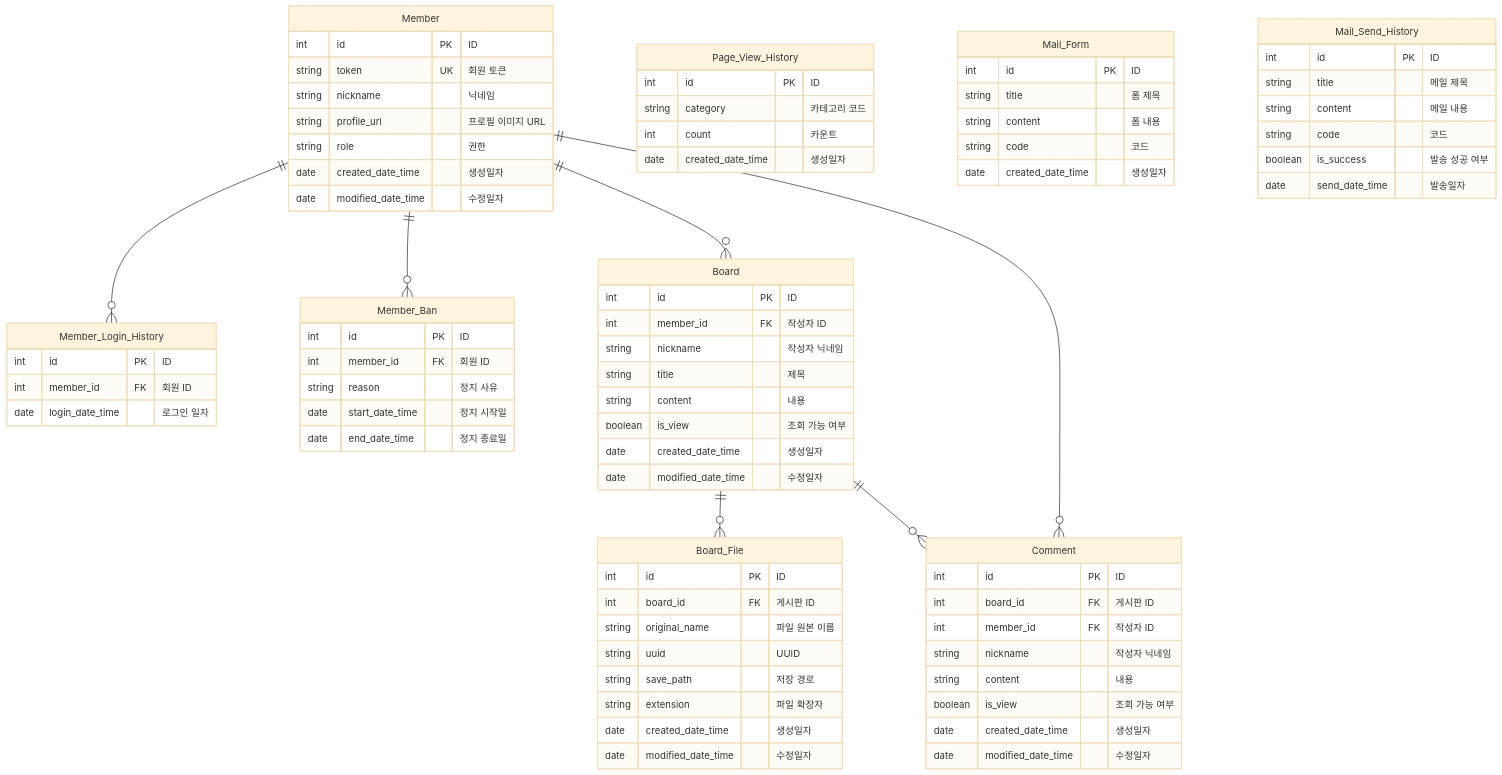
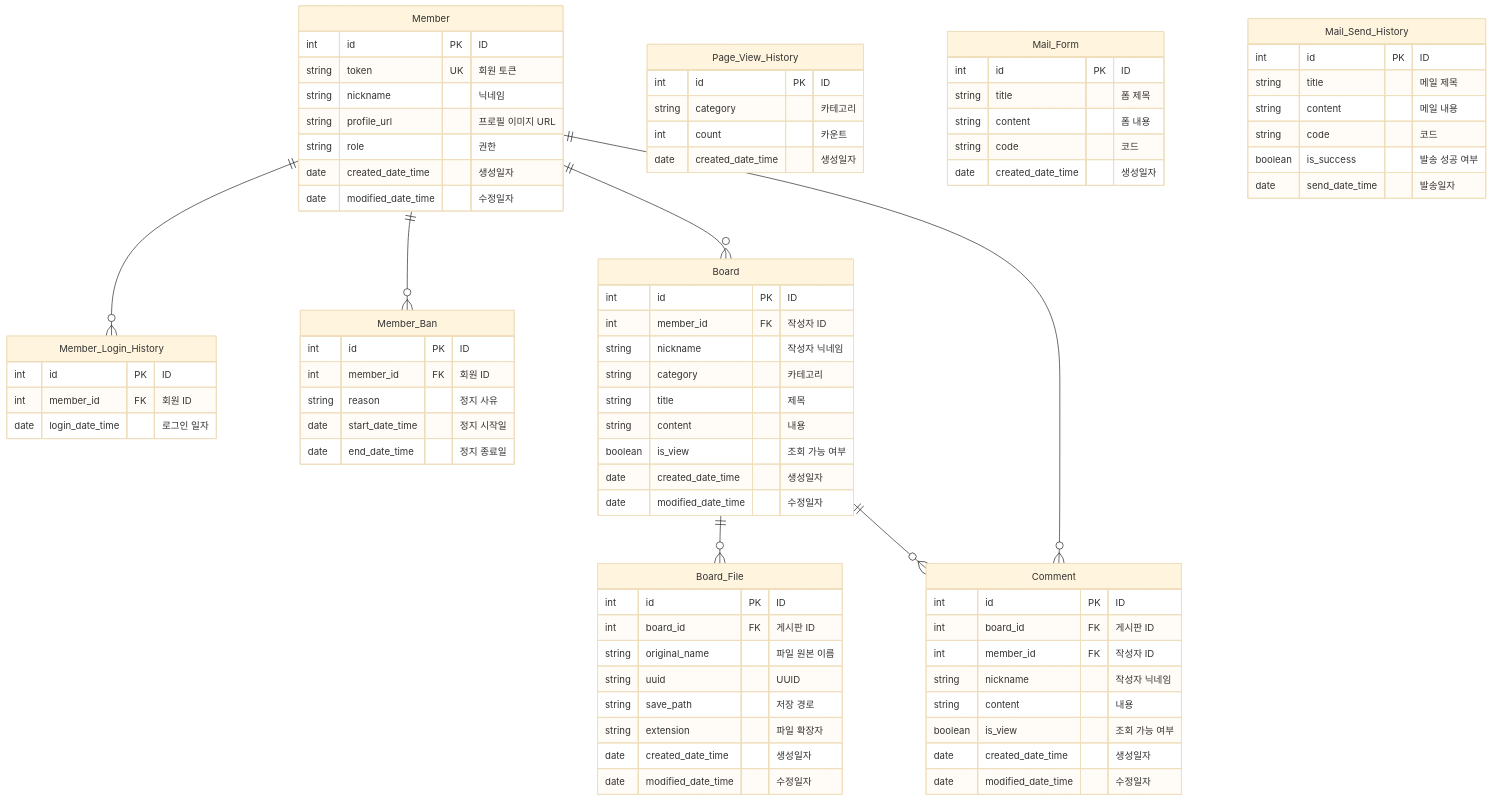
Before and after one commit to two-clock/backend: the diagram in README.md, drawn with Mermaid (base theme).

Commit message:
docs: Update category field name and add new category entry

```diff
--- a/README.md
+++ b/README.md
@@ -106,7 +106,7 @@
 
     Page_View_History {
         int id PK "ID"
-        string category "카테고리 코드"
+        string category "카테고리"
         int count "카운트"
         date created_date_time "생성일자"
     }
@@ -115,6 +115,7 @@
         int id PK "ID"
         int member_id FK "작성자 ID"
         string nickname "작성자 닉네임"
+        string category "카테고리"
         string title "제목"
         string content "내용"
         boolean is_view "조회 가능 여부"
```
